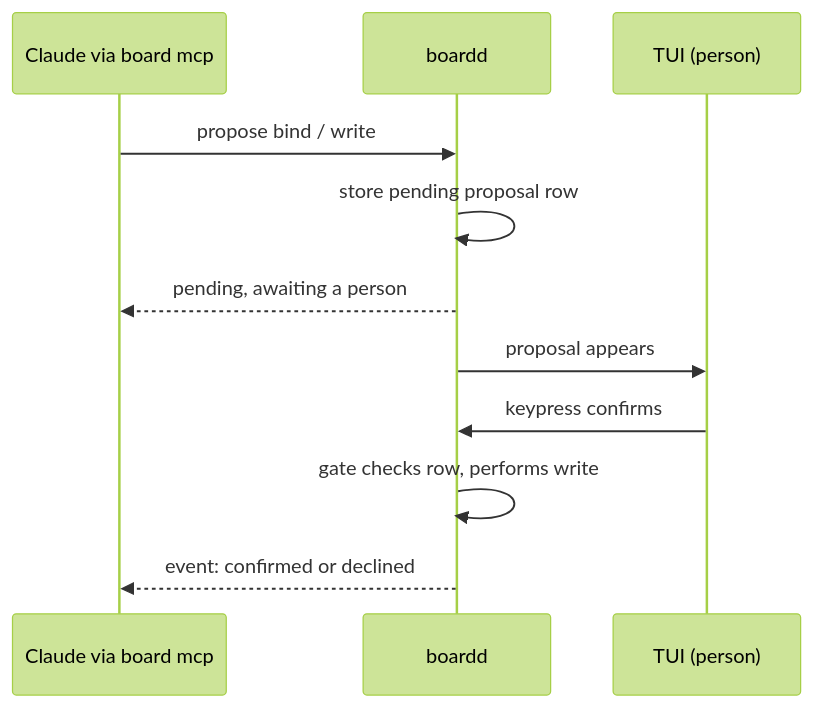
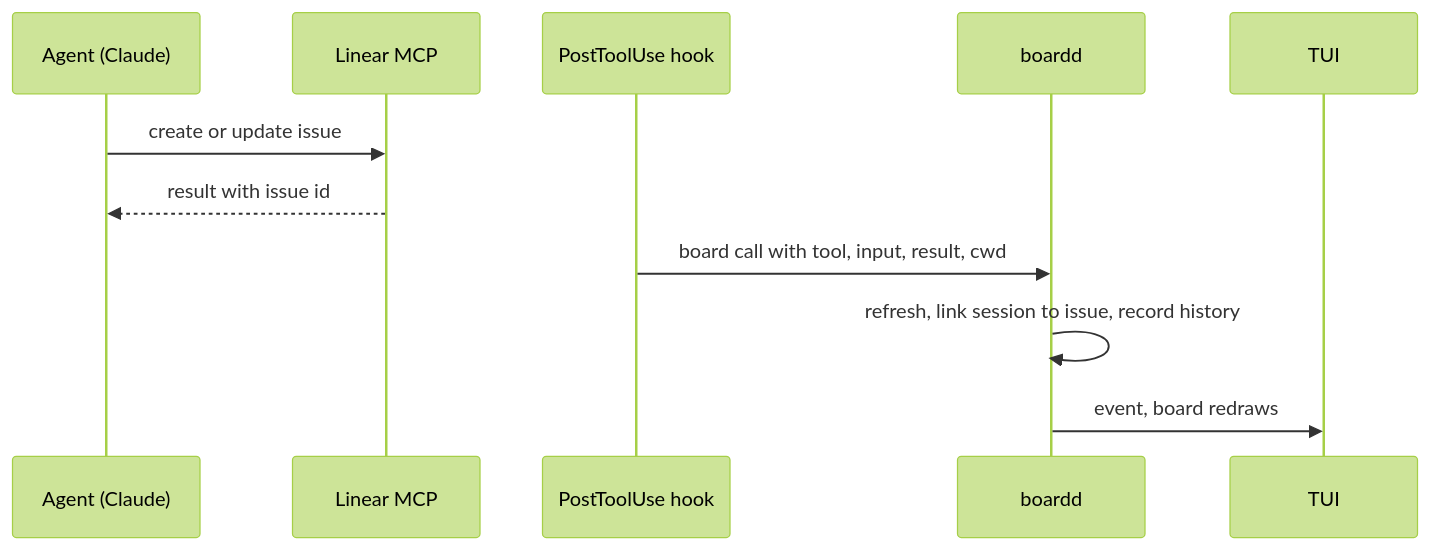
The second of 2 diagrams in docs/plans/2026-09-27-1907-docs-board-owns-the-store-adr-plan.md (shawnroos/herdr-linear-board), drawn with Mermaid (forest theme) before and after one commit. The commit also changed other lines of this file and 3 other files, not shown here.

First line of the commit message:
docs: split Linear writes from board links in the store proposal

````diff
--- a/docs/plans/2026-09-27-1907-docs-board-owns-the-store-adr-plan.md
+++ b/docs/plans/2026-09-27-1907-docs-board-owns-the-store-adr-plan.md
@@ -137,13 +137,13 @@
 ```mermaid
 sequenceDiagram
-  participant C as Claude via board mcp
+  participant A as Agent (Claude)
+  participant L as Linear MCP
+  participant H as PostToolUse hook
   participant D as boardd
-  participant T as TUI (person)
-  C->>D: propose bind / write
-  D->>D: store pending proposal row
-  D-->>C: pending, awaiting a person
-  D->>T: proposal appears
-  T->>D: keypress confirms
-  D->>D: gate checks row, performs write
-  D-->>C: event: confirmed or declined
+  participant T as TUI
+  A->>L: create or update issue
+  L-->>A: result with issue id
+  H->>D: board call with tool, input, result, cwd
+  D->>D: refresh, link session to issue, record history
+  D->>T: event, board redraws
 ```
````
